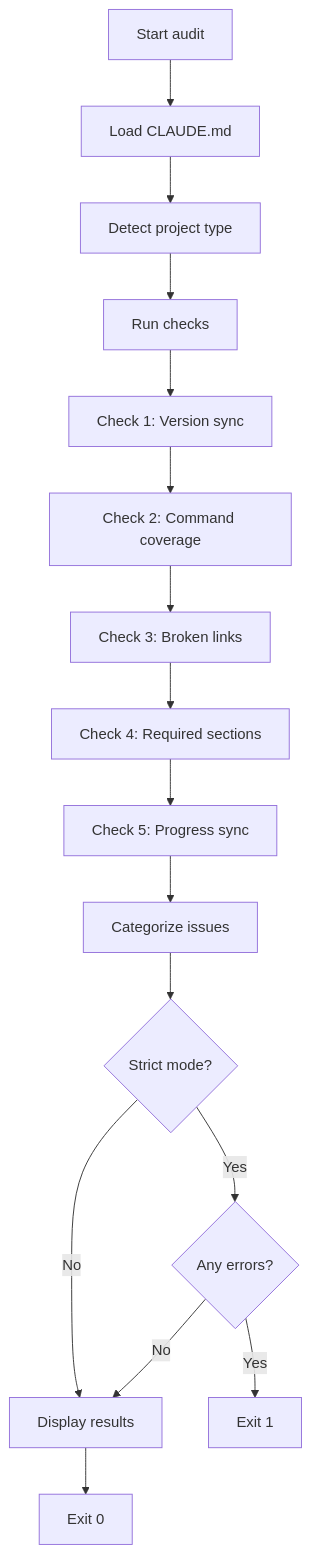
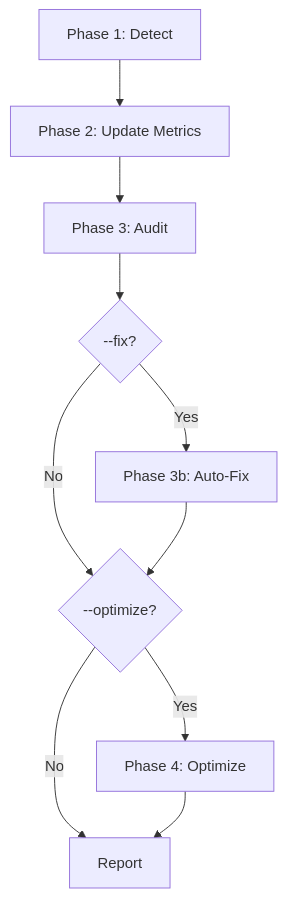
The second of 2 diagrams in docs/commands/docs/claude-md.md (Data-Wise/craft), drawn with Mermaid before and after one commit. The commit also changed other lines of this file and 8 other files, not shown here.

````diff
--- a/docs/commands/docs/claude-md.md
+++ b/docs/commands/docs/claude-md.md
@@ -598,18 +162,12 @@
 ```mermaid
 flowchart TD
-    A[Start audit] --> B[Load CLAUDE.md]
-    B --> C[Detect project type]
-    C --> D[Run checks]
-    D --> E[Check 1: Version sync]
-    E --> F[Check 2: Command coverage]
-    F --> G[Check 3: Broken links]
-    G --> H[Check 4: Required sections]
-    H --> I[Check 5: Progress sync]
-    I --> J[Categorize issues]
-    J --> K{Strict mode?}
-    K -->|Yes| L{Any errors?}
-    K -->|No| M[Display results]
-    L -->|Yes| N[Exit 1]
-    L -->|No| M
-    M --> O[Exit 0]
+    A[Phase 1: Detect] --> B[Phase 2: Update Metrics]
+    B --> C[Phase 3: Audit]
+    C --> D{--fix?}
+    D -->|Yes| E[Phase 3b: Auto-Fix]
+    D -->|No| F{--optimize?}
+    E --> F
+    F -->|Yes| G[Phase 4: Optimize]
+    F -->|No| H[Report]
+    G --> H
 ```
````
